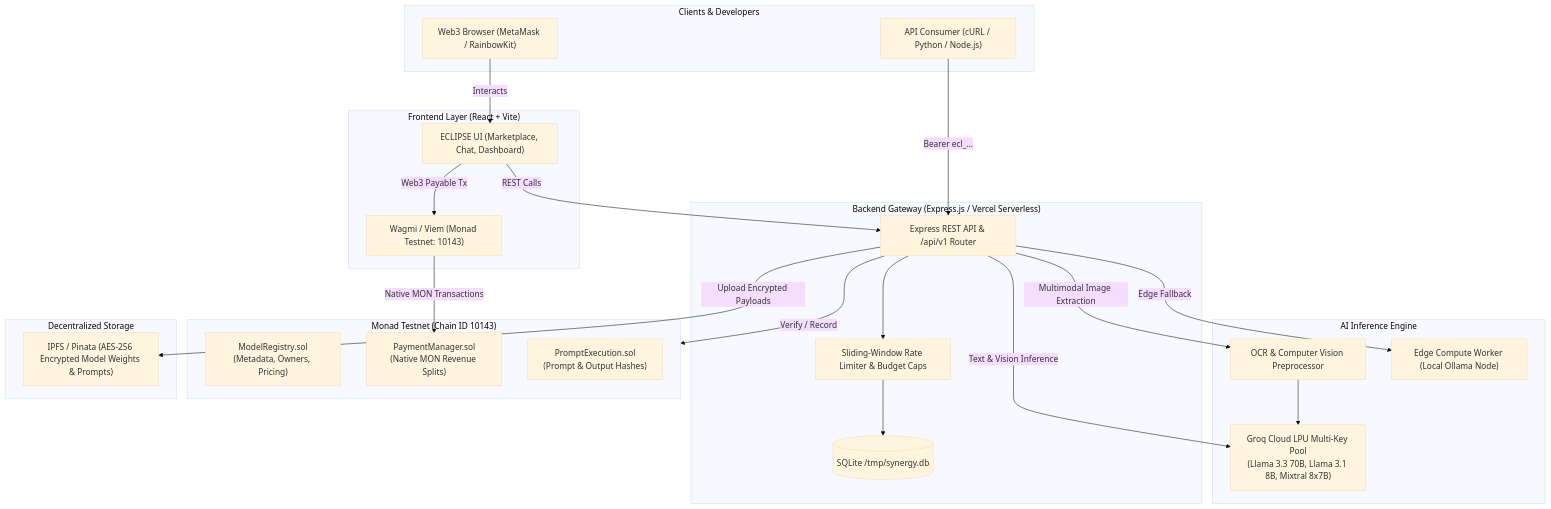
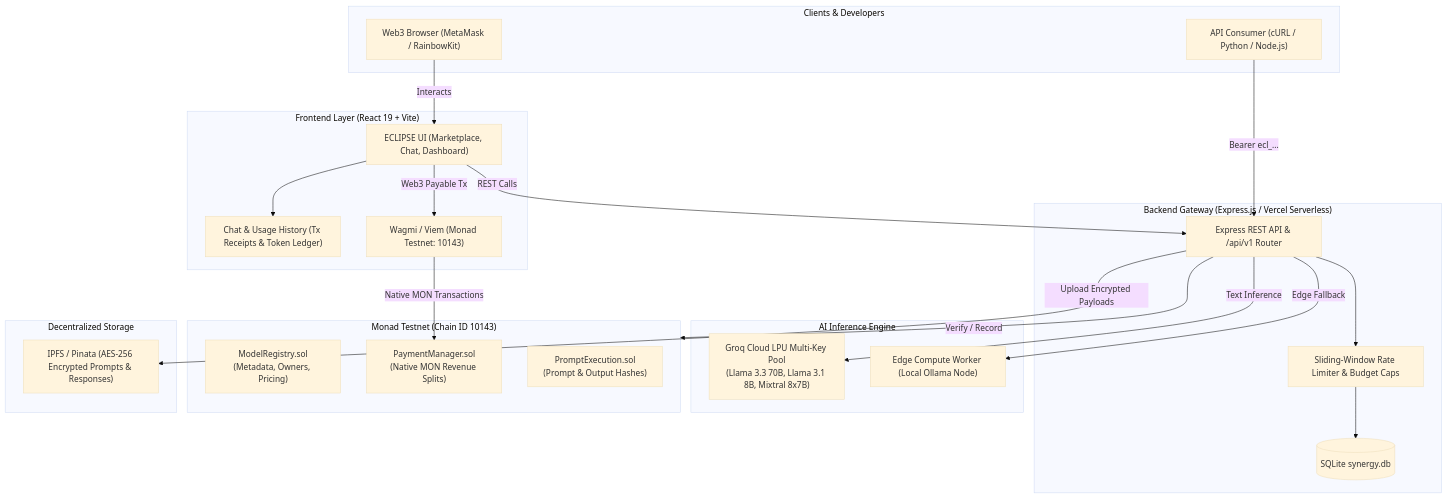
One commit to Arpit-R-Doshi/monadhacks changed the first of 3 diagrams in README.md. Above: the diagram before and after it, drawn with Mermaid (base theme). The commit also changed other lines of this file and 7 other files, not shown here.

Commit message:
docs: comprehensive update to all readmes, architecture, deployment, and api specifications

````diff
--- a/README.md
+++ b/README.md
@@ -38,50 +57,49 @@
 ```mermaid
 graph TD
     subgraph Clients["Clients & Developers"]
         UserBrowser["Web3 Browser (MetaMask / RainbowKit)"]
         APIDev["API Consumer (cURL / Python / Node.js)"]
     end
 
-    subgraph Frontend["Frontend Layer (React + Vite)"]
+    subgraph Frontend["Frontend Layer (React 19 + Vite)"]
         UI["ECLIPSE UI (Marketplace, Chat, Dashboard)"]
+        ChatHist["Chat & Usage History (Tx Receipts & Token Ledger)"]
         Wagmi["Wagmi / Viem (Monad Testnet: 10143)"]
     end
 
     subgraph Backend["Backend Gateway (Express.js / Vercel Serverless)"]
         Router["Express REST API & /api/v1 Router"]
         RateLimiter["Sliding-Window Rate Limiter & Budget Caps"]
-        DB[(SQLite /tmp/synergy.db)]
+        DB[(SQLite synergy.db)]
     end
 
     subgraph Compute["AI Inference Engine"]
         GroqPool["Groq Cloud LPU Multi-Key Pool\n(Llama 3.3 70B, Llama 3.1 8B, Mixtral 8x7B)"]
-        Vision["OCR & Computer Vision Preprocessor"]
         OllamaNode["Edge Compute Worker (Local Ollama Node)"]
     end
 
     subgraph Blockchain["Monad Testnet (Chain ID 10143)"]
         ModelRegistry["ModelRegistry.sol\n(Metadata, Owners, Pricing)"]
         PaymentManager["PaymentManager.sol\n(Native MON Revenue Splits)"]
         PromptExecution["PromptExecution.sol\n(Prompt & Output Hashes)"]
     end
 
     subgraph Storage["Decentralized Storage"]
-        IPFS["IPFS / Pinata (AES-256 Encrypted Model Weights & Prompts)"]
+        IPFS["IPFS / Pinata (AES-256 Encrypted Prompts & Responses)"]
     end
 
     UserBrowser -->|Interacts| UI
     UI -->|Web3 Payable Tx| Wagmi
     Wagmi -->|Native MON Transactions| PaymentManager
     UI -->|REST Calls| Router
+    UI --> ChatHist
     APIDev -->|Bearer ecl_...| Router
 
     Router --> RateLimiter
     RateLimiter --> DB
-    Router -->|Text & Vision Inference| GroqPool
-    Router -->|Multimodal Image Extraction| Vision
-    Vision --> GroqPool
+    Router -->|Text Inference| GroqPool
     Router -->|Edge Fallback| OllamaNode
 
     Router -->|Verify / Record| Blockchain
     Router -->|Upload Encrypted Payloads| IPFS
 ```
````
